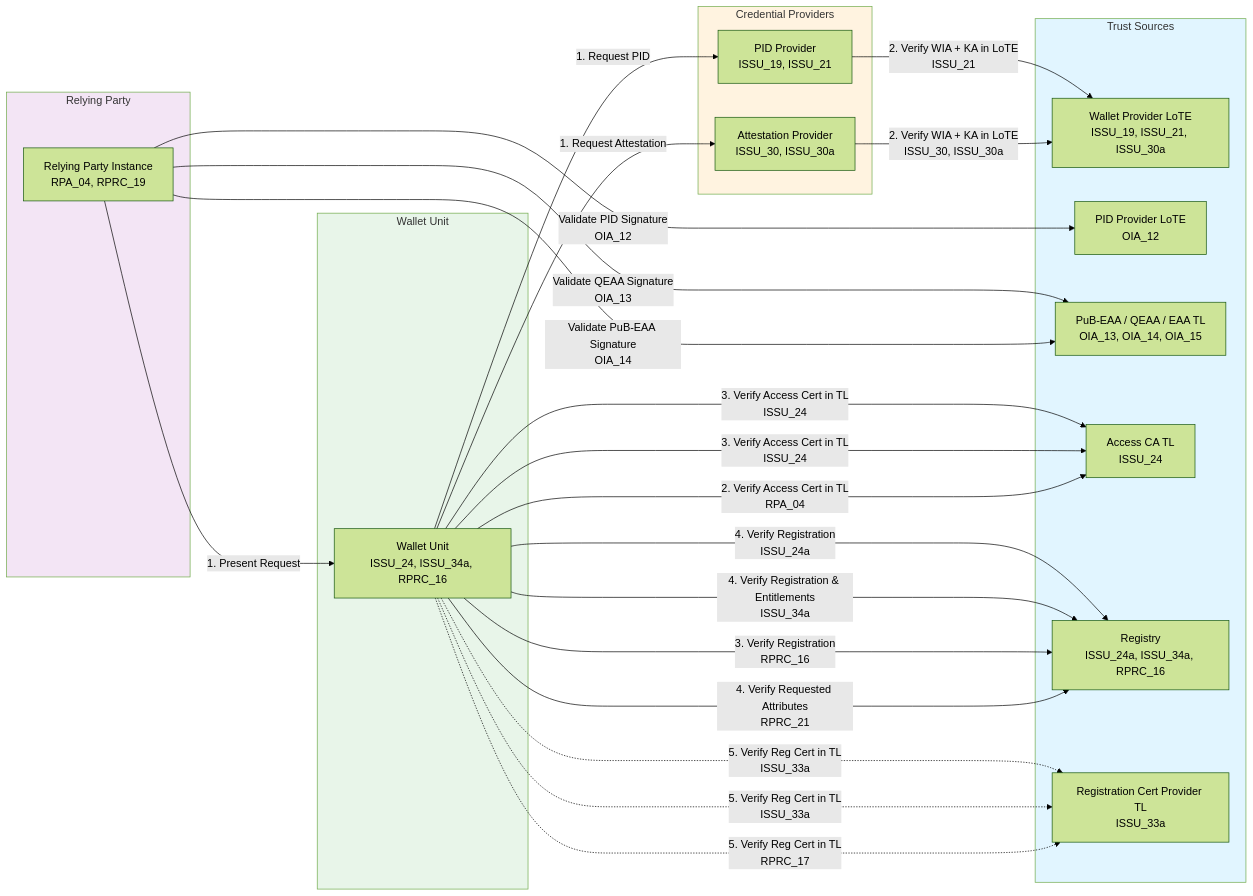
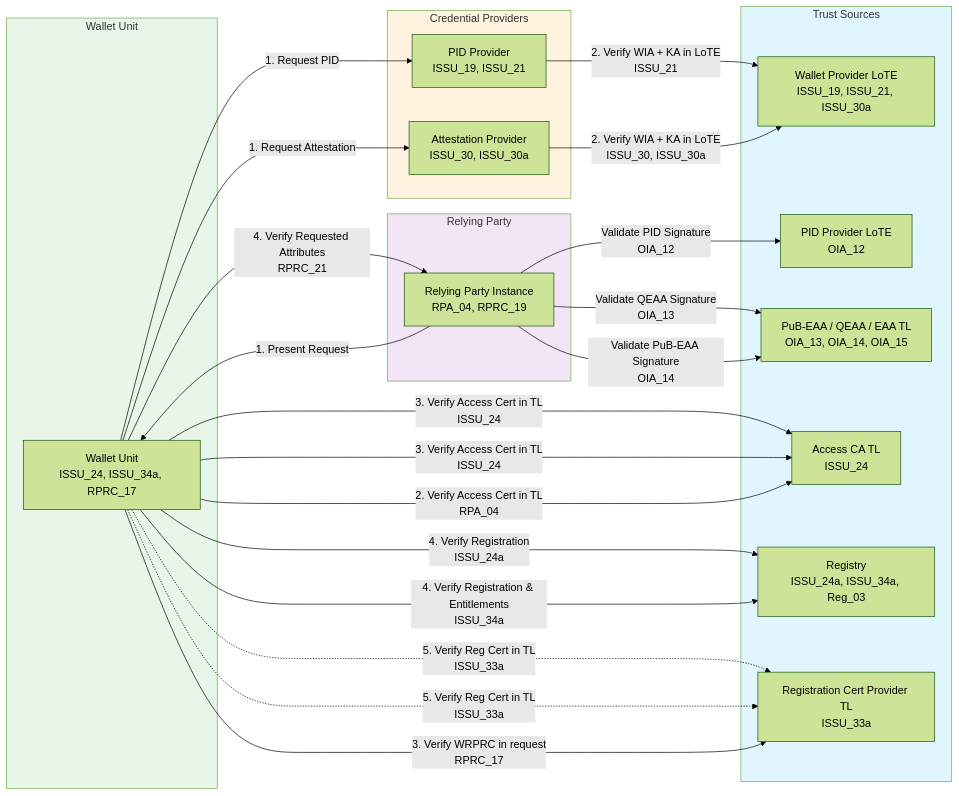
One commit to webuild-consortium/wp4-trust-group changed the seventh of 7 diagrams in task2-trust-framework/trust-infrastructure-schema.md. Above: the diagram before and after it, drawn with Mermaid (forest theme). The commit also changed other lines of this file and 24 other files, not shown here.

````diff
--- a/task2-trust-framework/trust-infrastructure-schema.md
+++ b/task2-trust-framework/trust-infrastructure-schema.md
@@ -735,55 +728,54 @@
 ```mermaid
 graph LR
     subgraph WalletUnit["Wallet Unit"]
-        WU[Wallet Unit<br/>ISSU_24, ISSU_34a, RPRC_16]
+        WU[Wallet Unit<br/>ISSU_24, ISSU_34a, RPRC_17]
     end
 
     subgraph Providers["Credential Providers"]
         PIDProv[PID Provider<br/>ISSU_19, ISSU_21]
         AttProv[Attestation Provider<br/>ISSU_30, ISSU_30a]
     end
 
     subgraph RP["Relying Party"]
         RPInst[Relying Party Instance<br/>RPA_04, RPRC_19]
     end
 
     subgraph TrustSources["Trust Sources"]
         WPTL[Wallet Provider LoTE<br/>ISSU_19, ISSU_21, ISSU_30a]
         PIDTL[PID Provider LoTE<br/>OIA_12]
         APTL[PuB-EAA / QEAA / EAA TL<br/>OIA_13, OIA_14, OIA_15]
         ACATL[Access CA TL<br/>ISSU_24]
-        Registry[Registry<br/>ISSU_24a, ISSU_34a, RPRC_16]
+        Registry[Registry<br/>ISSU_24a, ISSU_34a, Reg_03]
         RegCertTL[Registration Cert Provider TL<br/>ISSU_33a]
     end
 
     %% PID Issuance Trust Evaluation
     WU -->|1. Request PID| PIDProv
     PIDProv -->|2. Verify WIA + KA in LoTE<br/>ISSU_21| WPTL
     WU -->|3. Verify Access Cert in TL<br/>ISSU_24| ACATL
     WU -->|4. Verify Registration<br/>ISSU_24a| Registry
     WU -.->|5. Verify Reg Cert in TL<br/>ISSU_33a| RegCertTL
 
     %% Attestation Issuance Trust Evaluation
     WU -->|1. Request Attestation| AttProv
     AttProv -->|2. Verify WIA + KA in LoTE<br/>ISSU_30, ISSU_30a| WPTL
     WU -->|3. Verify Access Cert in TL<br/>ISSU_24| ACATL
     WU -->|4. Verify Registration & Entitlements<br/>ISSU_34a| Registry
     WU -.->|5. Verify Reg Cert in TL<br/>ISSU_33a| RegCertTL
 
     %% Presentation Trust Evaluation
     RPInst -->|1. Present Request| WU
     WU -->|2. Verify Access Cert in TL<br/>RPA_04| ACATL
-    WU -->|3. Verify Registration<br/>RPRC_16| Registry
-    WU -->|4. Verify Requested Attributes<br/>RPRC_21| Registry
-    WU -.->|5. Verify Reg Cert in TL<br/>RPRC_17| RegCertTL
+    WU -->|3. Verify WRPRC in request<br/>RPRC_17| RegCertTL
+    WU -->|4. Verify Requested Attributes<br/>RPRC_21| RPInst
 
     %% RP Validation
     RPInst -->|Validate PID Signature<br/>OIA_12| PIDTL
     RPInst -->|Validate QEAA Signature<br/>OIA_13| APTL
     RPInst -->|Validate PuB-EAA Signature<br/>OIA_14| APTL
 
     style WalletUnit fill:#e8f5e9
     style Providers fill:#fff3e0
     style RP fill:#f3e5f5
     style TrustSources fill:#e1f5ff
 ```
````
